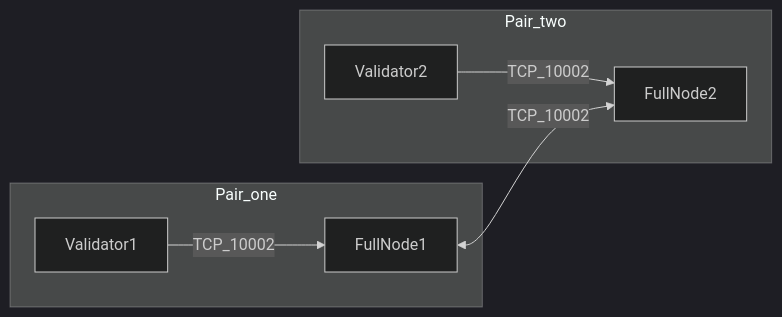
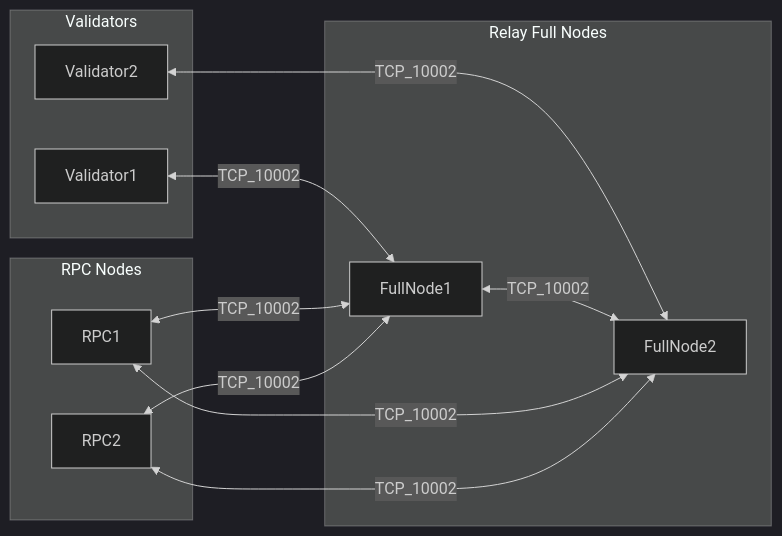
One commit to koru-labs/ucl changed the diagram in docs/aws-ibft-topology.md. Above: the diagram before and after it, drawn with Mermaid (dark theme). The commit also changed other lines of this file and 12 other files, not shown here.

Commit message:
Add support for RPC nodes and generalize the scripts

````diff
--- a/docs/aws-ibft-topology.md
+++ b/docs/aws-ibft-topology.md
@@ -7,14 +8,23 @@
 ```mermaid
 flowchart LR
-  subgraph pair1 [Pair_one]
+  subgraph validators [Validators]
     V1[Validator1]
+    V2[Validator2]
+  end
+  subgraph relays [Relay Full Nodes]
     FN1[FullNode1]
-    V1 -->|TCP_10002| FN1
+    FN2[FullNode2]
   end
-  subgraph pair2 [Pair_two]
-    V2[Validator2]
-    FN2[FullNode2]
-    V2 -->|TCP_10002| FN2
+  subgraph rpcs [RPC Nodes]
+    R1[RPC1]
+    R2[RPC2]
   end
+
+  V1 <-->|TCP_10002| FN1
+  V2 <-->|TCP_10002| FN2
   FN1 <-->|TCP_10002| FN2
+  R1 <-->|TCP_10002| FN1
+  R1 <-->|TCP_10002| FN2
+  R2 <-->|TCP_10002| FN1
+  R2 <-->|TCP_10002| FN2
 ```
````
